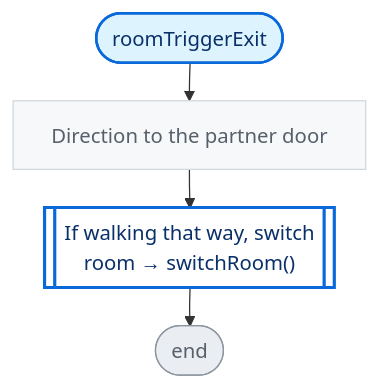
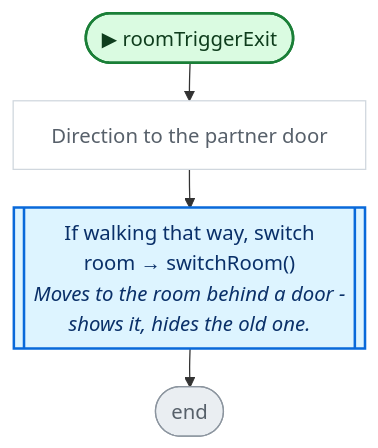
The third of 5 diagrams in CodeGraph~/graph/Map/DungeonMap.cs.md (nataiai/Lord-of-the-Dungeon), drawn with Mermaid before and after one commit. The commit also changed other lines of this file and 44 other files, not shown here.

````diff
--- a/CodeGraph~/graph/Map/DungeonMap.cs.md
+++ b/CodeGraph~/graph/Map/DungeonMap.cs.md
@@ -110,31 +121,35 @@
 ```mermaid
 ---
 config:
   flowchart:
     wrappingWidth: 260
     nodeSpacing: 26
     rankSpacing: 30
 ---
 flowchart TD
-  nS(["roomTriggerExit"])
+  nS(["▶ roomTriggerExit"])
   n9424b1["Direction to the partner door"]
-  n909d77[["If walking that way, switch<br>room → switchRoom()"]]
+  n909d77[["If walking that way, switch<br>room → switchRoom()<br><i>Moves to the room behind a door -</i><br><i>shows it, hides the old one.</i>"]]
   nE(["end"])
   nS --> n9424b1
   n9424b1 --> n909d77
   n909d77 --> nE
-  classDef unity fill:#fff1c2,stroke:#9a6700,stroke-width:2px,color:#3b2300
-  classDef start fill:#ddf4ff,stroke:#0969da,stroke-width:2px,color:#0a3069
-  classDef calc fill:#f6f8fa,stroke:#d0d7de,color:#57606a
-  classDef calls fill:#ffffff,stroke:#0969da,stroke-width:2.5px,color:#0a3069
-  classDef cond fill:#ffffff,stroke:#6e7781,stroke-width:1.5px,color:#1f2328
-  classDef loop fill:#fbefff,stroke:#8250df,color:#3e1f79
-  classDef exit fill:#eaeef2,stroke:#57606a,color:#24292f
-  classDef wait fill:#fff8f0,stroke:#bc4c00,color:#4d1d00
+  classDef unity fill:#dafbe1,stroke:#1a7f37,stroke-width:2px,color:#0f3d1d
+  classDef start fill:#dafbe1,stroke:#1a7f37,stroke-width:2px,color:#0f3d1d
+  classDef calc fill:#ffffff,stroke:#d0d7de,color:#57606a
+  classDef calls fill:#ddf4ff,stroke:#0969da,stroke-width:2px,color:#0a3069
+  classDef ext fill:#ddf4ff,stroke:#0969da,stroke-width:2px,stroke-dasharray:5 3,color:#0a3069
+  classDef cond fill:#fff8c5,stroke:#bf8700,stroke-width:1.5px,color:#3d2a00
+  classDef loop fill:#f6f8fa,stroke:#57606a,color:#1f2328
+  classDef exit fill:#ffebe9,stroke:#cf222e,color:#82071e
+  classDef kill fill:#ffebe9,stroke:#cf222e,stroke-width:2px,color:#82071e
+  classDef spawn fill:#dafbe1,stroke:#1a7f37,stroke-width:2px,color:#0f3d1d
+  classDef wait fill:#fff1e5,stroke:#bc4c00,color:#4d1d00
   classDef fin fill:#eaeef2,stroke:#8c959f,color:#57606a
   classDef join fill:#d0d7de,stroke:#8c959f,color:#57606a
+  classDef ghdr fill:#f5f9ff,stroke:#f5f9ff,color:#0a3069,font-weight:bold
   class n9424b1 calc
   class n909d77 calls
   class nE fin
   class nS start
 ```
````
